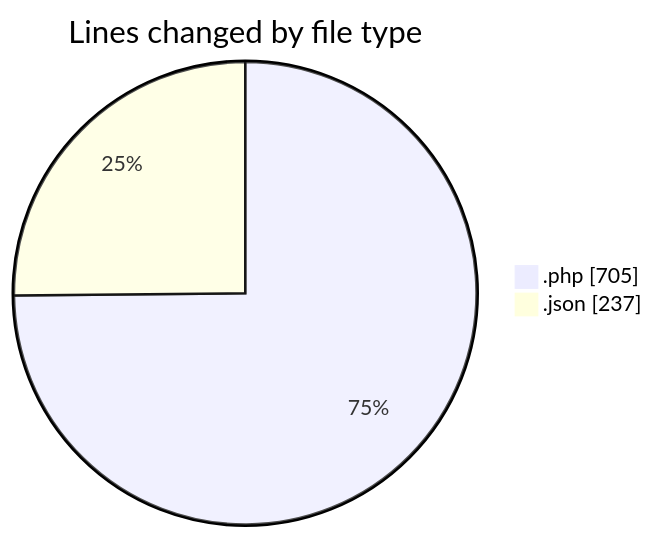
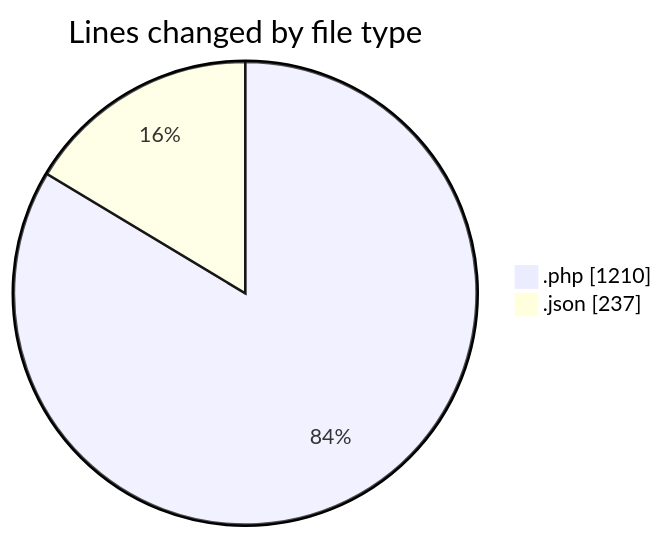
One commit to idhammustaqopulfikri/code-tracking changed the first of 2 diagrams in 2025-06-22/studio-backend/README.md. Above: the diagram before and after it, drawn with Mermaid. The commit also changed other lines of this file and 1 other file, not shown here.

````diff
--- a/2025-06-22/studio-backend/README.md
+++ b/2025-06-22/studio-backend/README.md
@@ -25,6 +25,6 @@
 ```mermaid
 pie showData
 title Lines changed by file type
-".php" : 705
+".php" : 1210
 ".json" : 237
 ```
````
